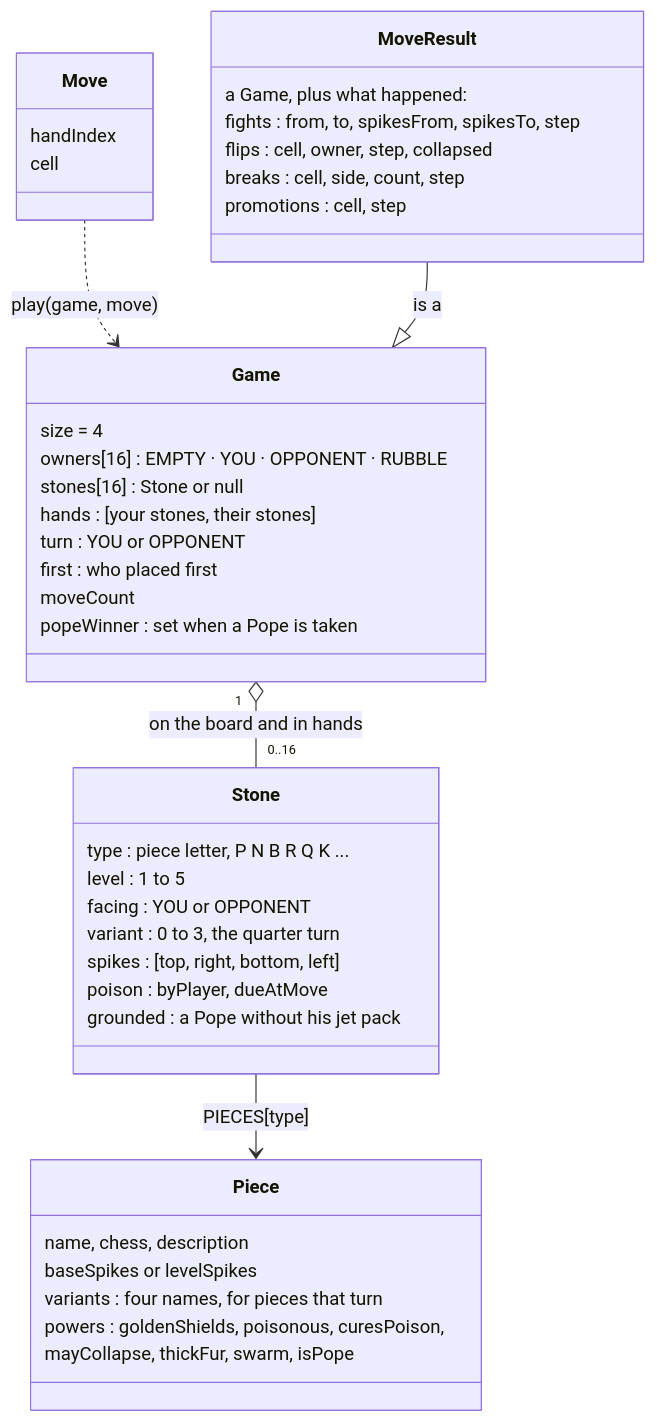
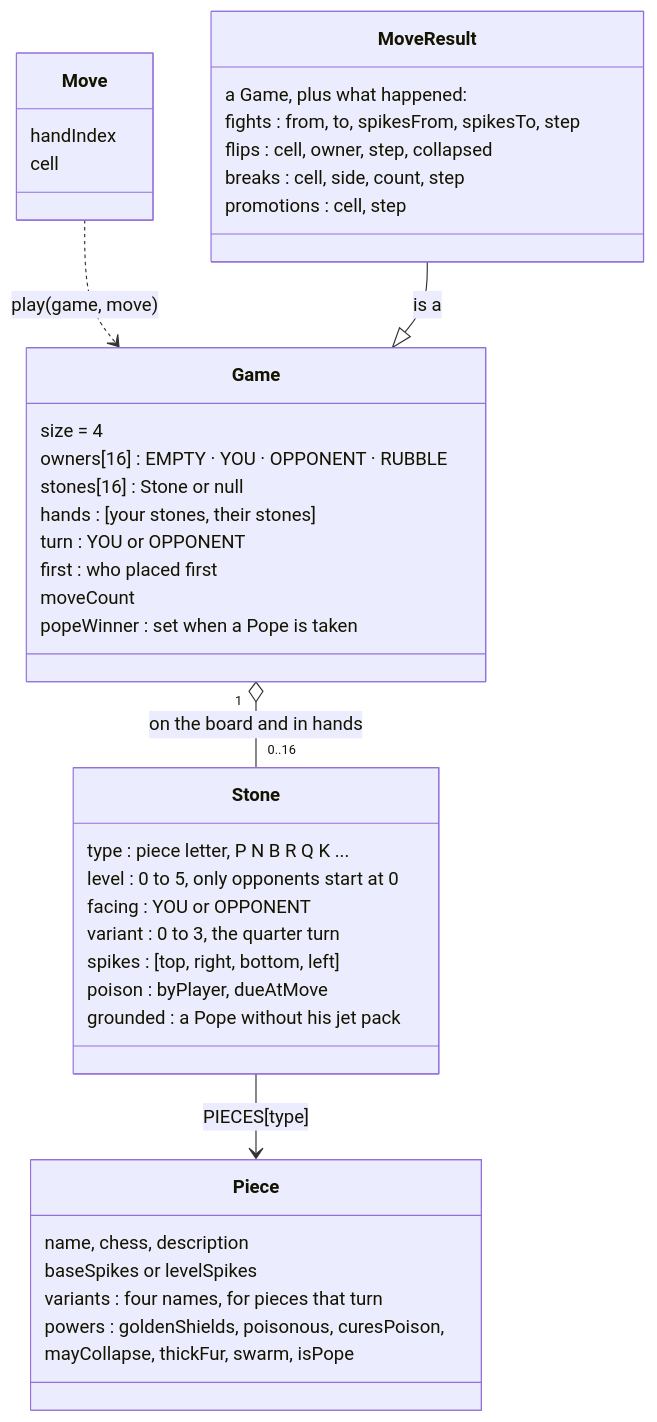
Before and after one commit to louisvandenbruwaene/rook-like: the second of 8 diagrams in README.md, drawn with Mermaid. The commit also changed other lines of this file and 6 other files, not shown here.

````diff
--- a/README.md
+++ b/README.md
@@ -60,44 +60,44 @@
 ```mermaid
 classDiagram
     class Game {
         size = 4
         owners[16] : EMPTY · YOU · OPPONENT · RUBBLE
         stones[16] : Stone or null
         hands : [your stones, their stones]
         turn : YOU or OPPONENT
         first : who placed first
         moveCount
         popeWinner : set when a Pope is taken
     }
     class Stone {
         type : piece letter, P N B R Q K ...
-        level : 1 to 5
+        level : 0 to 5, only opponents start at 0
         facing : YOU or OPPONENT
         variant : 0 to 3, the quarter turn
         spikes : [top, right, bottom, left]
         poison : byPlayer, dueAtMove
         grounded : a Pope without his jet pack
     }
     class Piece {
         name, chess, description
         baseSpikes or levelSpikes
         variants : four names, for pieces that turn
         powers : goldenShields, poisonous, curesPoison,
         mayCollapse, thickFur, swarm, isPope
     }
     class Move {
         handIndex
         cell
     }
     class MoveResult {
         a Game, plus what happened:
         fights : from, to, spikesFrom, spikesTo, step
         flips : cell, owner, step, collapsed
         breaks : cell, side, count, step
         promotions : cell, step
     }
     Game "1" o-- "0..16" Stone : on the board and in hands
     Stone --> Piece : PIECES[type]
     Move ..> Game : play(game, move)
     MoveResult --|> Game : is a
 ```
````
